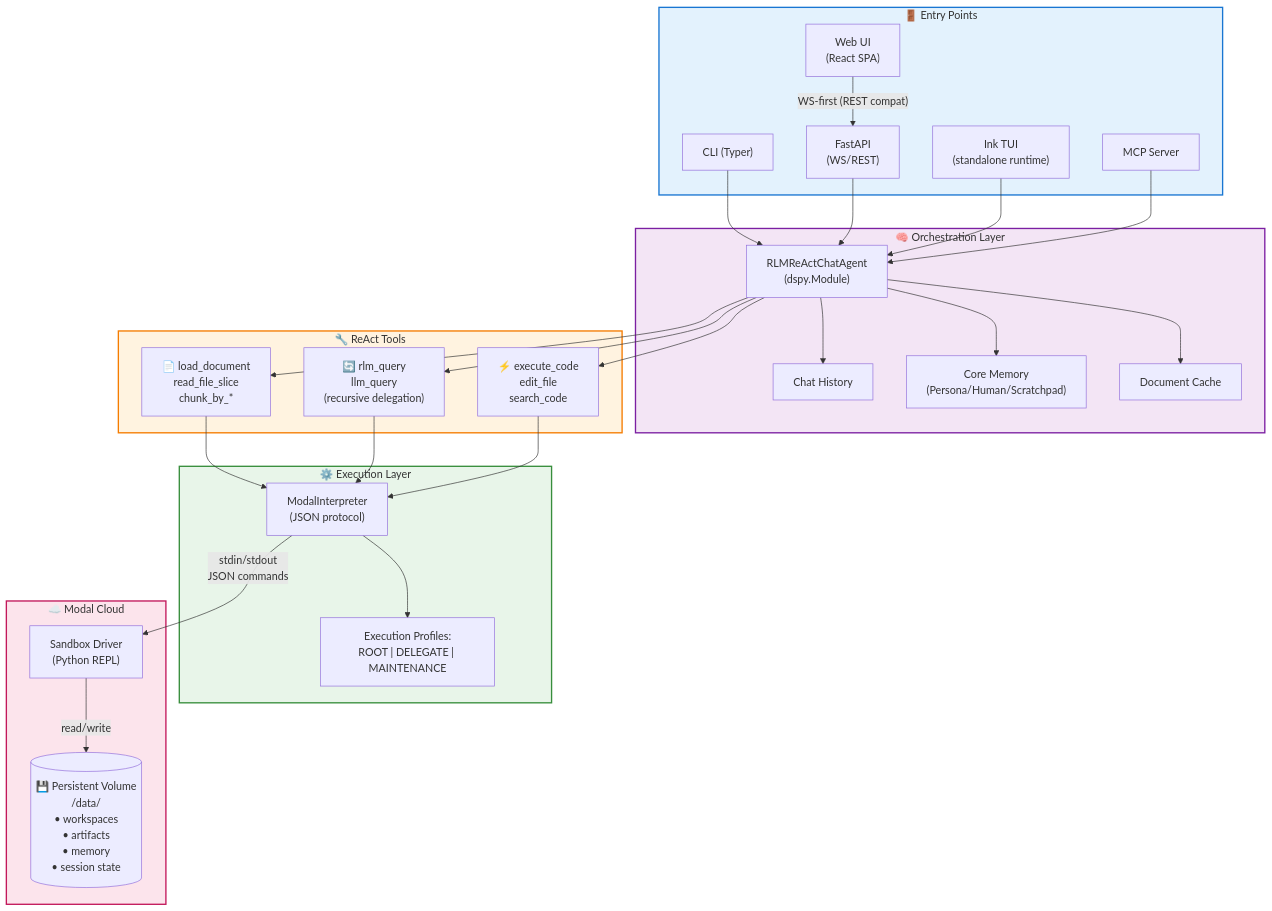
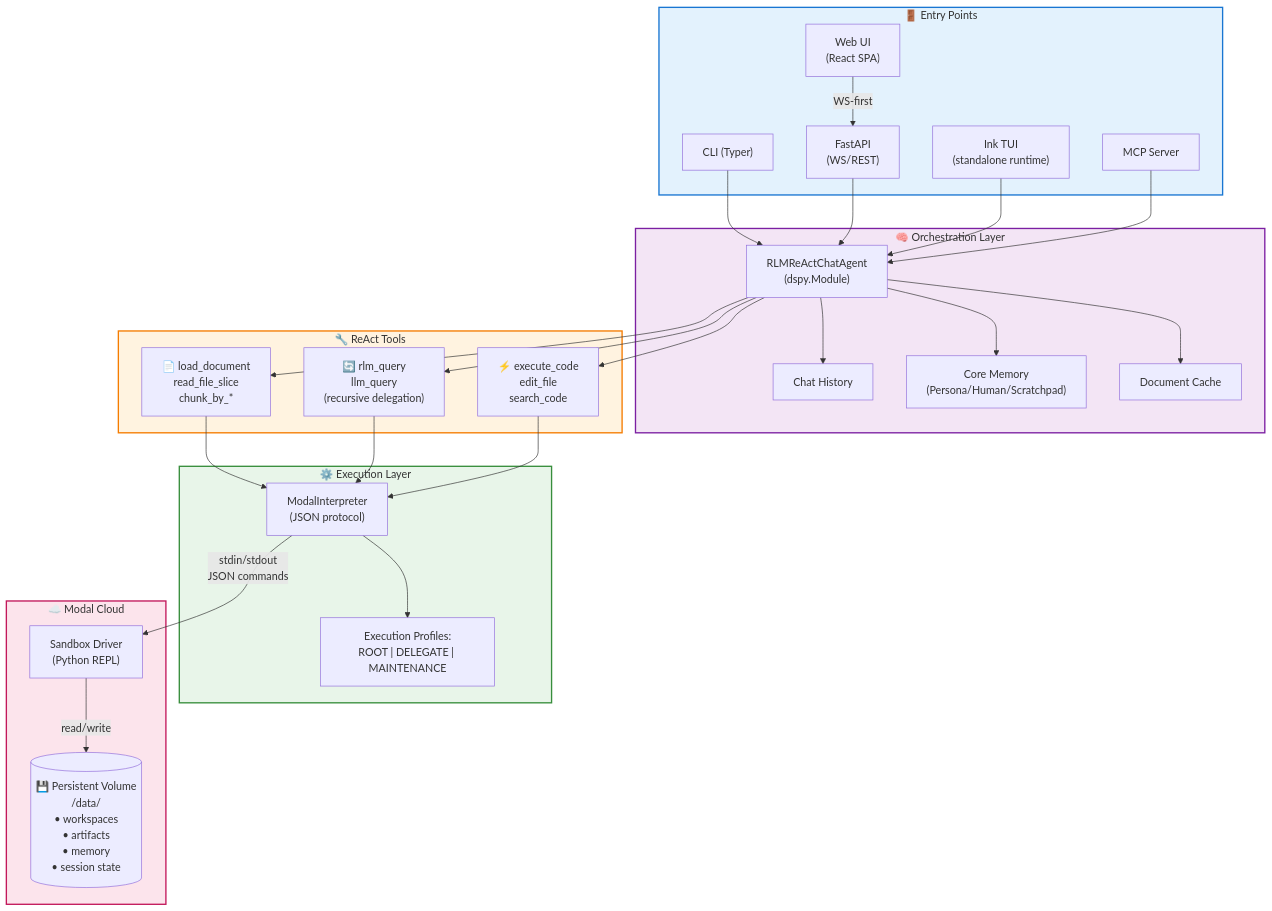
One commit to Qredence/fleet-rlm changed the diagram in README.md. Above: the diagram before and after it, drawn with Mermaid. The commit also changed other lines of this file and 27 other files, not shown here.

````diff
--- a/README.md
+++ b/README.md
@@ -106,61 +106,61 @@
 ```mermaid
 graph TB
     subgraph entry ["🚪 Entry Points"]
         CLI["CLI (Typer)"]
         WebUI["Web UI<br/>(React SPA)"]
         API["FastAPI<br/>(WS/REST)"]
         TUI["Ink TUI<br/>(standalone runtime)"]
         MCP["MCP Server"]
     end
 
     subgraph orchestration ["🧠 Orchestration Layer"]
         Agent["RLMReActChatAgent<br/>(dspy.Module)"]
         History["Chat History"]
         Memory["Core Memory<br/>(Persona/Human/Scratchpad)"]
         DocCache["Document Cache"]
     end
 
     subgraph tools ["🔧 ReAct Tools"]
         DocTools["📄 load_document<br/>read_file_slice<br/>chunk_by_*"]
         RecursiveTools["🔄 rlm_query<br/>llm_query<br/>(recursive delegation)"]
         ExecTools["⚡ execute_code<br/>edit_file<br/>search_code"]
     end
 
     subgraph execution ["⚙️ Execution Layer"]
         Interpreter["ModalInterpreter<br/>(JSON protocol)"]
         Profiles["Execution Profiles:<br/>ROOT | DELEGATE | MAINTENANCE"]
     end
 
     subgraph cloud ["☁️ Modal Cloud"]
         Sandbox["Sandbox Driver<br/>(Python REPL)"]
         Volume[("💾 Persistent Volume<br/>/data/<br/>• workspaces<br/>• artifacts<br/>• memory<br/>• session state")]
     end
 
-    WebUI -->|"WS-first (REST compat)"| API
+    WebUI -->|"WS-first"| API
     CLI --> Agent
     API --> Agent
     TUI --> Agent
     MCP --> Agent
 
     Agent --> History
     Agent --> Memory
     Agent --> DocCache
 
     Agent --> DocTools
     Agent --> RecursiveTools
     Agent --> ExecTools
 
     DocTools --> Interpreter
     RecursiveTools --> Interpreter
     ExecTools --> Interpreter
 
     Interpreter --> Profiles
     Interpreter -->|"stdin/stdout<br/>JSON commands"| Sandbox
     Sandbox -->|"read/write"| Volume
 
     style entry fill:#e3f2fd,stroke:#1976d2,stroke-width:2px
     style orchestration fill:#f3e5f5,stroke:#7b1fa2,stroke-width:2px
     style tools fill:#fff3e0,stroke:#f57c00,stroke-width:2px
     style execution fill:#e8f5e9,stroke:#388e3c,stroke-width:2px
     style cloud fill:#fce4ec,stroke:#c2185b,stroke-width:2px
 ```
````
